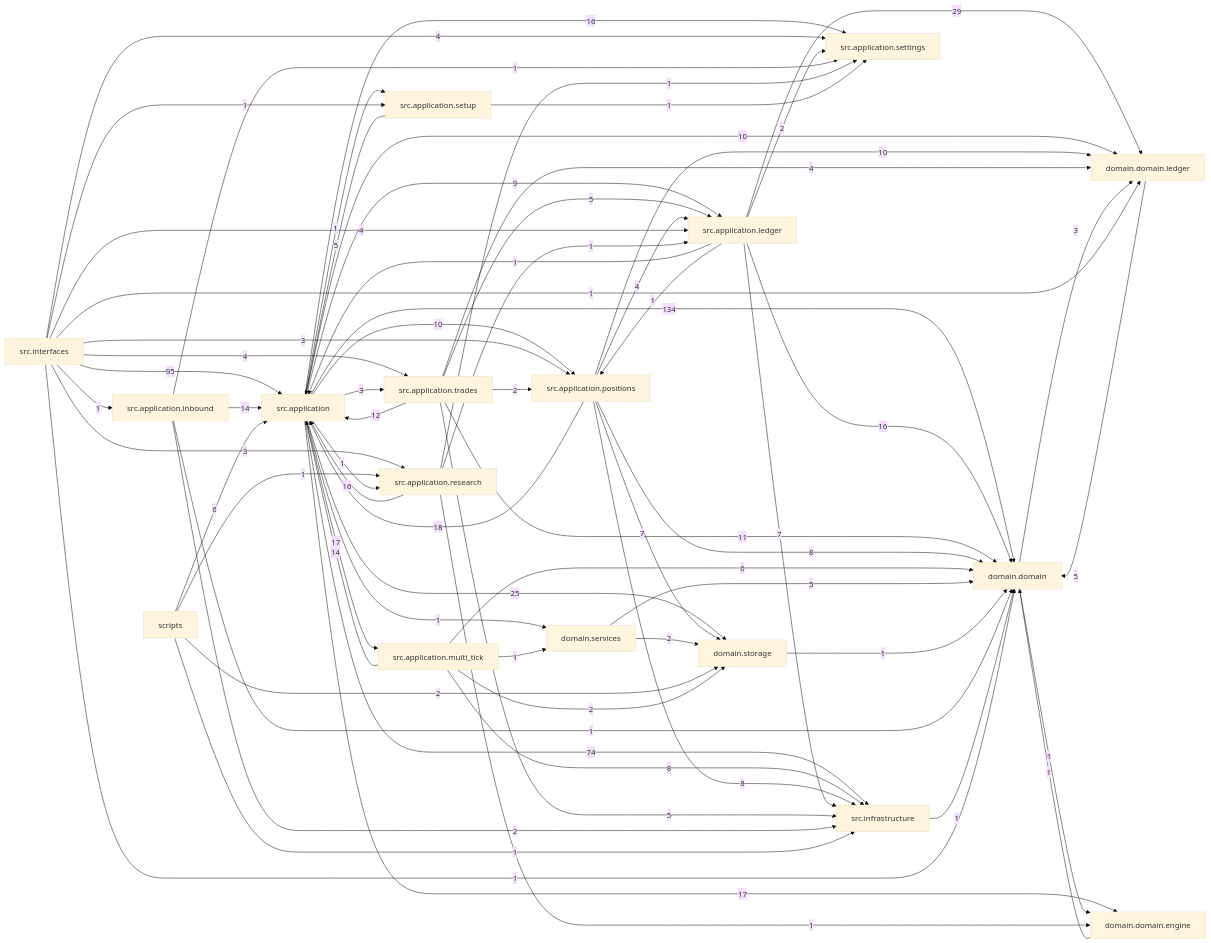
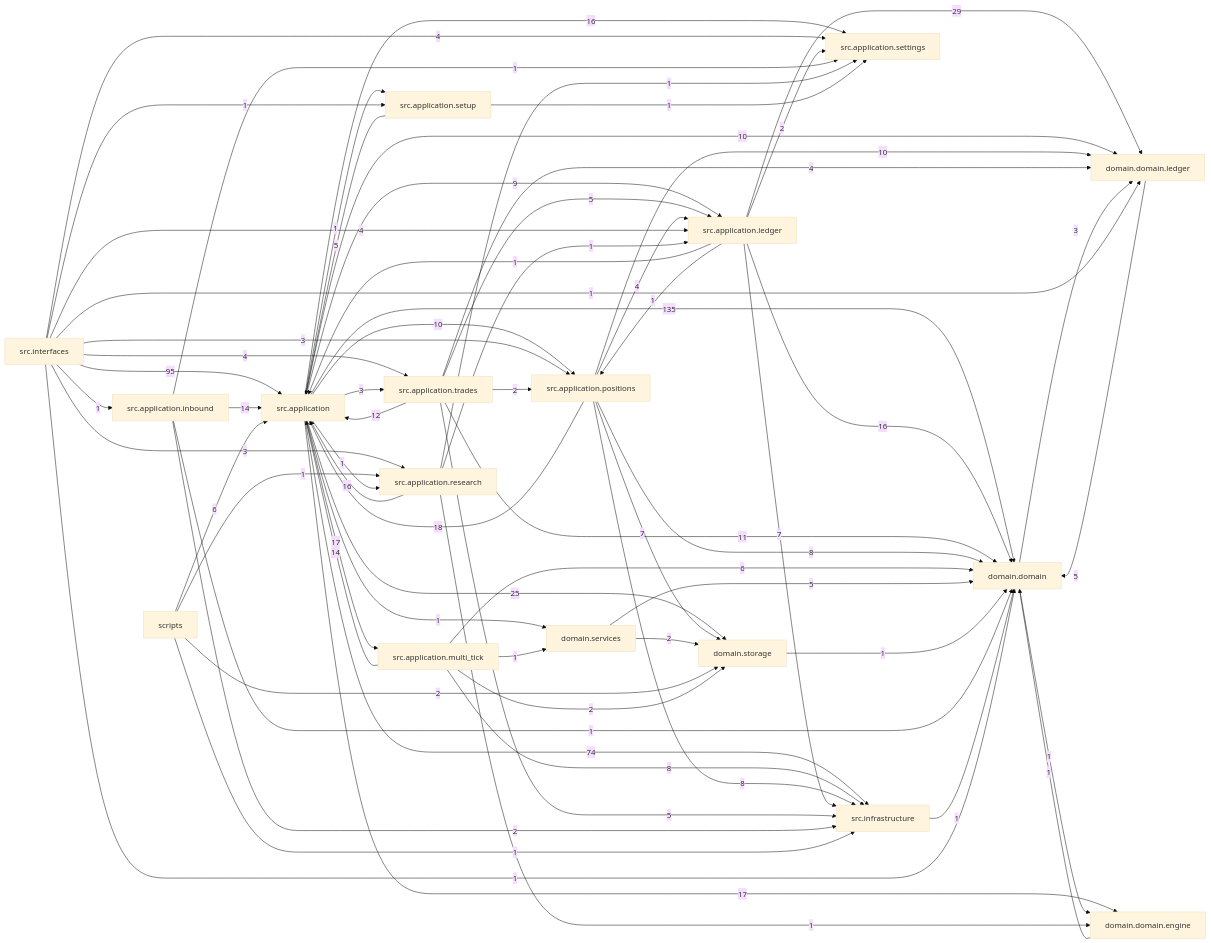
Before and after one commit to liuxie066/options-monitor: the diagram in docs/dependency_graph.mmd, drawn with Mermaid (base theme). The commit also changed 10 other files, not shown here.

```diff
--- a/docs/dependency_graph.mmd
+++ b/docs/dependency_graph.mmd
@@ -1,69 +1,69 @@
 flowchart LR
-  src_application["src.application"] -->|134| domain_domain["domain.domain"]
+  src_application["src.application"] -->|135| domain_domain["domain.domain"]
   src_interfaces["src.interfaces"] -->|95| src_application["src.application"]
   src_application["src.application"] -->|74| src_infrastructure["src.infrastructure"]
   src_application_ledger["src.application.ledger"] -->|29| domain_domain_ledger["domain.domain.ledger"]
   src_application["src.application"] -->|25| domain_storage["domain.storage"]
   src_application_positions["src.application.positions"] -->|18| src_application["src.application"]
   src_application["src.application"] -->|17| domain_domain_engine["domain.domain.engine"]
   src_application["src.application"] -->|17| src_application_multi_tick["src.application.multi_tick"]
   src_application["src.application"] -->|16| src_application_settings["src.application.settings"]
   src_application_ledger["src.application.ledger"] -->|16| domain_domain["domain.domain"]
   src_application_research["src.application.research"] -->|16| src_application["src.application"]
   src_application_inbound["src.application.inbound"] -->|14| src_application["src.application"]
   src_application_multi_tick["src.application.multi_tick"] -->|14| src_application["src.application"]
   src_application_trades["src.application.trades"] -->|12| src_application["src.application"]
   src_application_trades["src.application.trades"] -->|11| domain_domain["domain.domain"]
   src_application["src.application"] -->|10| domain_domain_ledger["domain.domain.ledger"]
   src_application["src.application"] -->|10| src_application_positions["src.application.positions"]
   src_application_positions["src.application.positions"] -->|10| domain_domain_ledger["domain.domain.ledger"]
   src_application["src.application"] -->|9| src_application_ledger["src.application.ledger"]
   src_application_multi_tick["src.application.multi_tick"] -->|8| src_infrastructure["src.infrastructure"]
   src_application_positions["src.application.positions"] -->|8| domain_domain["domain.domain"]
   src_application_positions["src.application.positions"] -->|8| src_infrastructure["src.infrastructure"]
   src_application_ledger["src.application.ledger"] -->|7| src_infrastructure["src.infrastructure"]
   src_application_positions["src.application.positions"] -->|7| domain_storage["domain.storage"]
   scripts["scripts"] -->|6| src_application["src.application"]
   src_application_multi_tick["src.application.multi_tick"] -->|6| domain_domain["domain.domain"]
   domain_domain_ledger["domain.domain.ledger"] -->|5| domain_domain["domain.domain"]
   domain_services["domain.services"] -->|5| domain_domain["domain.domain"]
   src_application_setup["src.application.setup"] -->|5| src_application["src.application"]
   src_application_trades["src.application.trades"] -->|5| src_application_ledger["src.application.ledger"]
   src_application_trades["src.application.trades"] -->|5| src_infrastructure["src.infrastructure"]
   src_application_positions["src.application.positions"] -->|4| src_application_ledger["src.application.ledger"]
   src_application_trades["src.application.trades"] -->|4| domain_domain_ledger["domain.domain.ledger"]
   src_interfaces["src.interfaces"] -->|4| src_application_ledger["src.application.ledger"]
   src_interfaces["src.interfaces"] -->|4| src_application_settings["src.application.settings"]
   src_interfaces["src.interfaces"] -->|4| src_application_trades["src.application.trades"]
   domain_domain["domain.domain"] -->|3| domain_domain_ledger["domain.domain.ledger"]
   src_application["src.application"] -->|3| src_application_trades["src.application.trades"]
   src_interfaces["src.interfaces"] -->|3| src_application_positions["src.application.positions"]
   src_interfaces["src.interfaces"] -->|3| src_application_research["src.application.research"]
   domain_services["domain.services"] -->|2| domain_storage["domain.storage"]
   scripts["scripts"] -->|2| domain_storage["domain.storage"]
   src_application_inbound["src.application.inbound"] -->|2| src_infrastructure["src.infrastructure"]
   src_application_ledger["src.application.ledger"] -->|2| src_application_settings["src.application.settings"]
   src_application_multi_tick["src.application.multi_tick"] -->|2| domain_storage["domain.storage"]
   src_application_trades["src.application.trades"] -->|2| src_application_positions["src.application.positions"]
   domain_domain["domain.domain"] -->|1| domain_domain_engine["domain.domain.engine"]
   domain_domain_engine["domain.domain.engine"] -->|1| domain_domain["domain.domain"]
   domain_storage["domain.storage"] -->|1| domain_domain["domain.domain"]
   scripts["scripts"] -->|1| src_application_research["src.application.research"]
   scripts["scripts"] -->|1| src_infrastructure["src.infrastructure"]
   src_application["src.application"] -->|1| domain_services["domain.services"]
   src_application["src.application"] -->|1| src_application_research["src.application.research"]
   src_application["src.application"] -->|1| src_application_setup["src.application.setup"]
   src_application_inbound["src.application.inbound"] -->|1| domain_domain["domain.domain"]
   src_application_inbound["src.application.inbound"] -->|1| src_application_settings["src.application.settings"]
   src_application_ledger["src.application.ledger"] -->|1| src_application["src.application"]
   src_application_ledger["src.application.ledger"] -->|1| src_application_positions["src.application.positions"]
   src_application_multi_tick["src.application.multi_tick"] -->|1| domain_services["domain.services"]
   src_application_research["src.application.research"] -->|1| domain_domain_engine["domain.domain.engine"]
   src_application_research["src.application.research"] -->|1| src_application_ledger["src.application.ledger"]
   src_application_research["src.application.research"] -->|1| src_application_settings["src.application.settings"]
   src_application_setup["src.application.setup"] -->|1| src_application_settings["src.application.settings"]
   src_infrastructure["src.infrastructure"] -->|1| domain_domain["domain.domain"]
   src_interfaces["src.interfaces"] -->|1| domain_domain["domain.domain"]
   src_interfaces["src.interfaces"] -->|1| domain_domain_ledger["domain.domain.ledger"]
   src_interfaces["src.interfaces"] -->|1| src_application_inbound["src.application.inbound"]
   src_interfaces["src.interfaces"] -->|1| src_application_setup["src.application.setup"]
```
